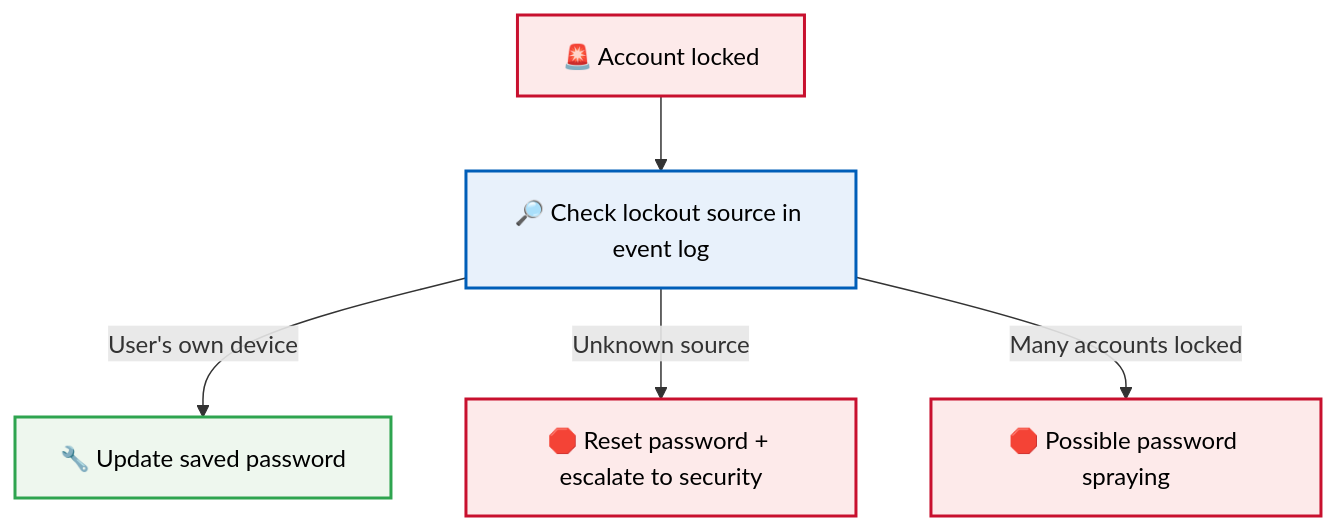
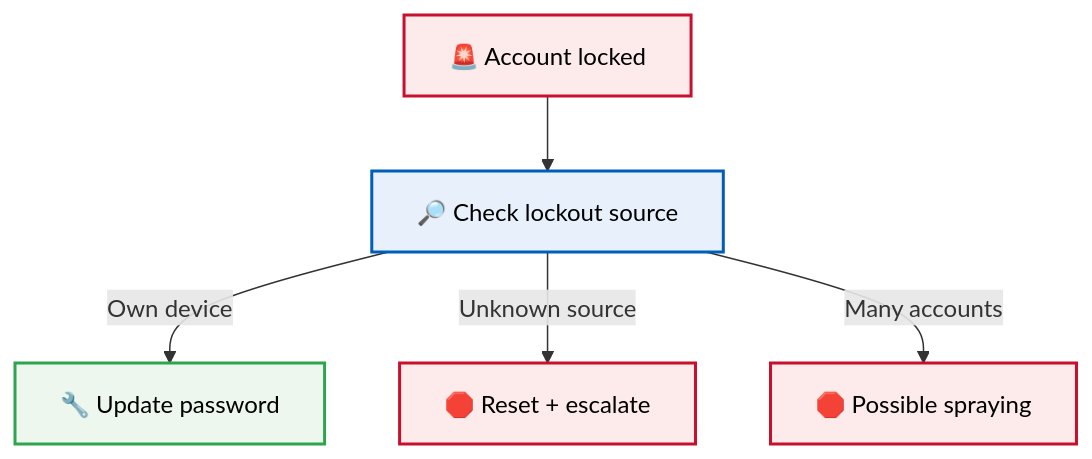
The third of 5 diagrams in 01-Video-knowledge-base/01.3-VPN-Connection-Failed.md (malaika-azhar/Customer-Tech-Support-Portfolio), drawn with Mermaid before and after one commit. The commit also changed other lines of this file, not shown here.

````diff
--- a/01-Video-knowledge-base/01.3-VPN-Connection-Failed.md
+++ b/01-Video-knowledge-base/01.3-VPN-Connection-Failed.md
@@ -250,11 +270,11 @@
 ```mermaid
 flowchart TD
-    A["🚨 Account locked"]:::alert --> B["🔎 Check lockout source in event log"]:::work
-    B -->|User's own device| C["🔧 Update saved password"]:::done
-    B -->|Unknown source| D["🛑 Reset password + escalate to security"]:::alert
-    B -->|Many accounts locked| E["🛑 Possible password spraying"]:::alert
+    A["🚨 Account locked"]:::alert --> B["🔎 Check lockout source"]:::work
+    B -->|Own device| C["🔧 Update password"]:::done
+    B -->|Unknown source| D["🛑 Reset + escalate"]:::alert
+    B -->|Many accounts| E["🛑 Possible spraying"]:::alert
 
     classDef alert fill:#fdeaea,stroke:#C8102E,stroke-width:2px,color:#000
     classDef work fill:#e8f1fb,stroke:#005EB8,stroke-width:2px,color:#000
     classDef done fill:#eef7ee,stroke:#2ea44f,stroke-width:2px,color:#000
 ```
````
